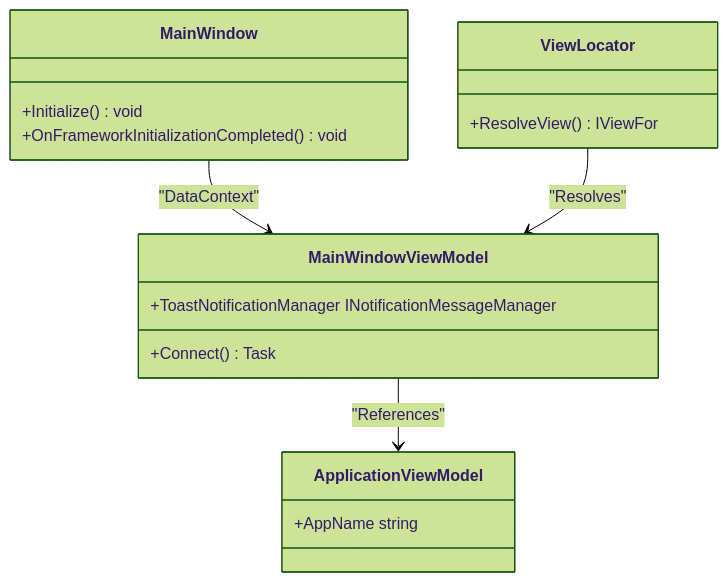
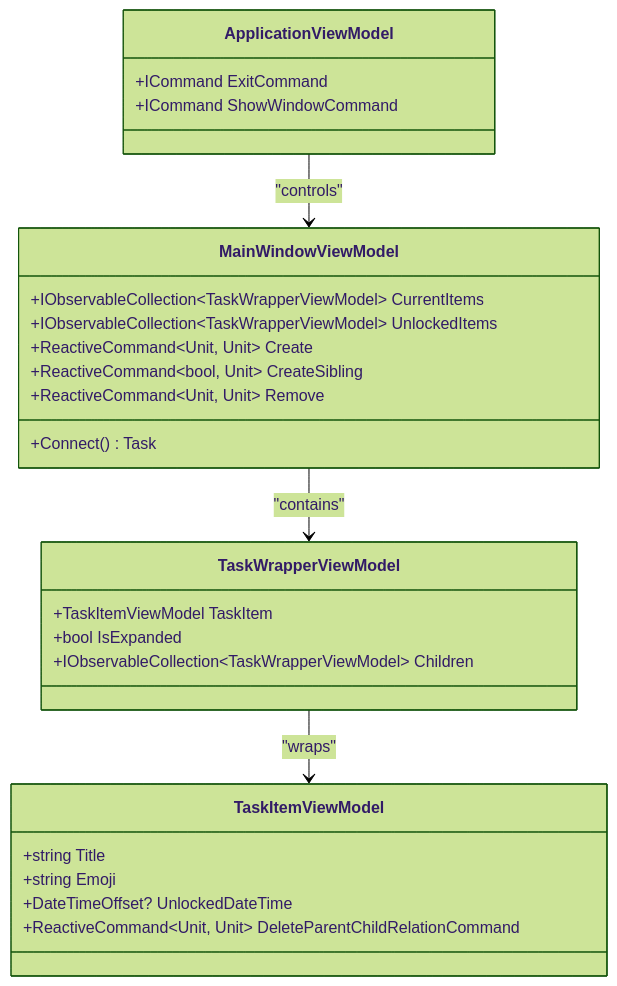
The second of 6 diagrams in .qoder/repowiki/en/content/Technology Stack.md (Kibnet/Unlimotion), drawn with Mermaid (forest theme) before and after one commit. The commit also changed other lines of this file and 216 other files, not shown here.

````diff
--- a/.qoder/repowiki/en/content/Technology Stack.md
+++ b/.qoder/repowiki/en/content/Technology Stack.md
@@ -75,20 +73,29 @@
 ```mermaid
 classDiagram
-class MainWindow {
-+Initialize() void
-+OnFrameworkInitializationCompleted() void
-}
 class MainWindowViewModel {
++IObservableCollection~TaskWrapperViewModel~ CurrentItems
++IObservableCollection~TaskWrapperViewModel~ UnlockedItems
++ReactiveCommand~Unit, Unit~ Create
++ReactiveCommand~bool, Unit~ CreateSibling
++ReactiveCommand~Unit, Unit~ Remove
 +Connect() Task
-+ToastNotificationManager INotificationMessageManager
 }
 class ApplicationViewModel {
-+AppName string
++ICommand ExitCommand
++ICommand ShowWindowCommand
 }
-class ViewLocator {
-+ResolveView() IViewFor
+class TaskWrapperViewModel {
++TaskItemViewModel TaskItem
++bool IsExpanded
++IObservableCollection~TaskWrapperViewModel~ Children
 }
-MainWindow --> MainWindowViewModel : "DataContext"
-MainWindowViewModel --> ApplicationViewModel : "References"
-ViewLocator --> MainWindowViewModel : "Resolves"
+class TaskItemViewModel {
++string Title
++string Emoji
++DateTimeOffset? UnlockedDateTime
++ReactiveCommand~Unit, Unit~ DeleteParentChildRelationCommand
+}
+MainWindowViewModel --> TaskWrapperViewModel : "contains"
+TaskWrapperViewModel --> TaskItemViewModel : "wraps"
+ApplicationViewModel --> MainWindowViewModel : "controls"
 ```
````
